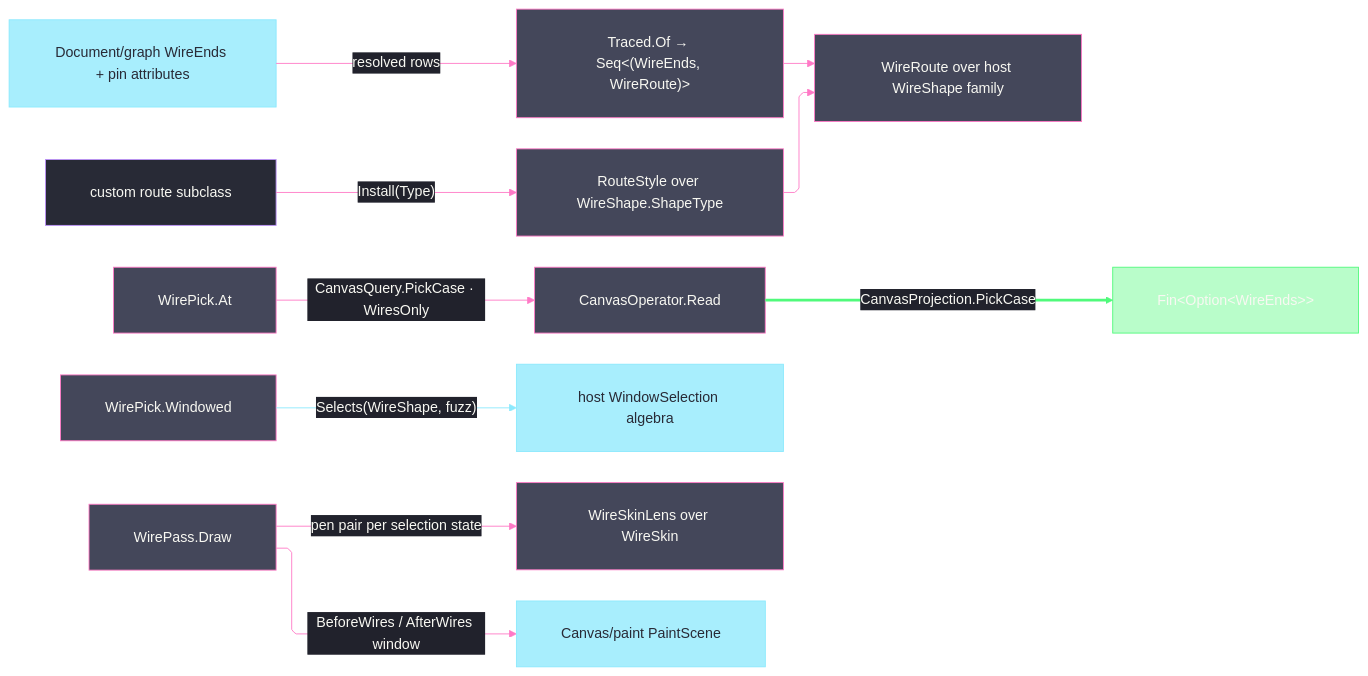
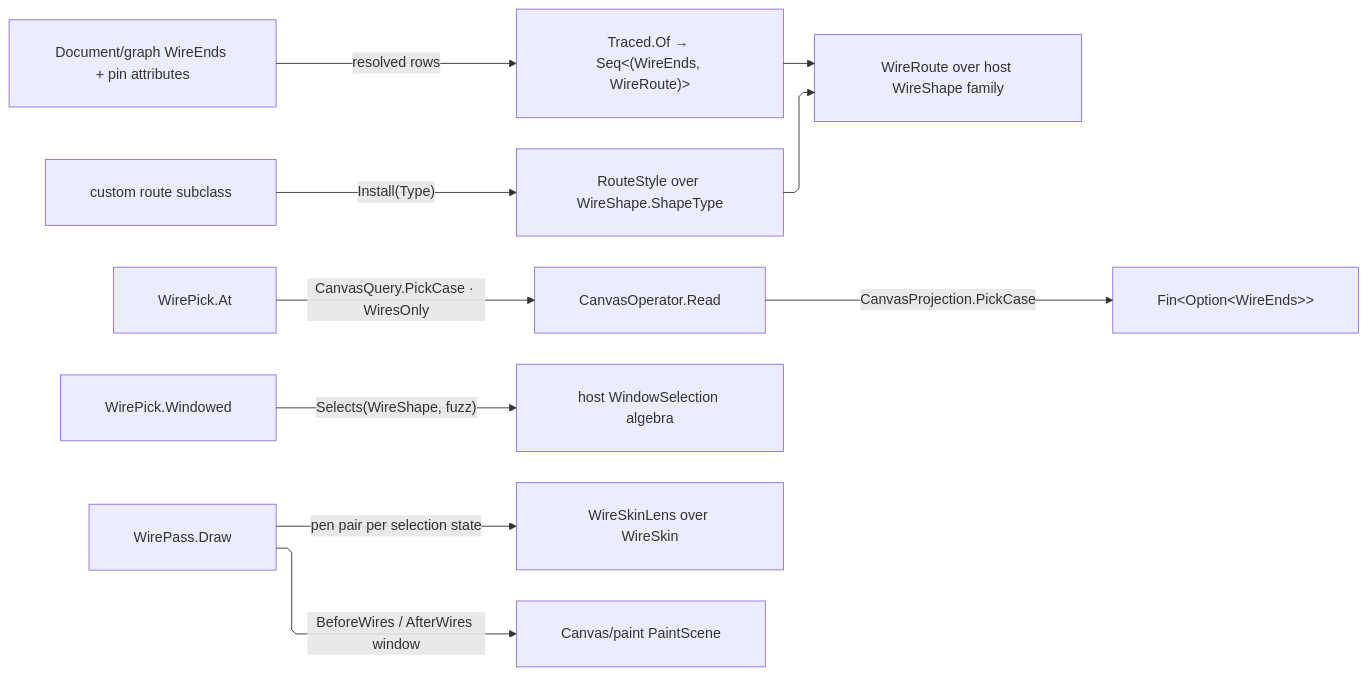
One commit to bsamiee/Rasm changed the diagram in libs/csharp/Rasm.Grasshopper/.planning/Canvas/wires.md. Above: the diagram before and after it, drawn with Mermaid. The commit also changed 324 other files, not shown here.

````diff
--- a/libs/csharp/Rasm.Grasshopper/.planning/Canvas/wires.md
+++ b/libs/csharp/Rasm.Grasshopper/.planning/Canvas/wires.md
@@ -204,48 +204,21 @@
 ```mermaid
 ---
 config:
-  theme: base
-  look: classic
   layout: elk
   flowchart:
     curve: linear
     padding: 25
-  themeVariables:
-    darkMode: true
-    fontFamily: "SF Mono, Menlo, Cascadia Mono, Segoe UI Mono, Consolas, monospace"
-    useGradient: false
-    dropShadow: "none"
-    background: "#282A36"
-    primaryColor: "#44475A"
-    primaryTextColor: "#F8F8F2"
-    primaryBorderColor: "#BD93F9"
-    lineColor: "#FF79C6"
-    textColor: "#F8F8F2"
-    edgeLabelBackground: "#21222C"
-    labelBackgroundColor: "#21222C"
-  themeCSS: ".nodeLabel{font-size:13px;font-weight:500}.edgeLabel{font-size:12px;font-weight:500}.cluster-label .nodeLabel{font-size:13.5px;font-weight:700;letter-spacing:.08em}.edge-thickness-normal{stroke-width:2px}.edge-thickness-thick{stroke-width:3px}.edge-pattern-dashed,.edge-pattern-dotted{stroke-width:1.5px;stroke-dasharray:4 6}.node rect,.node circle,.node polygon,.node path,.node .outer-path{stroke-width:1.5px;filter:none!important}.cluster rect{stroke-width:1px!important;stroke-dasharray:5 4!important;filter:none!important}.marker path{transform:scale(.8);transform-origin:5px 5px}.marker circle{transform:scale(.48);transform-origin:5px 5px}.edgeLabel rect{transform-box:fill-box;transform-origin:center;transform:scale(1.1,1.2)}"
 ---
 flowchart LR
     accTitle: Grasshopper wire visual boundary
     accDescr: Resolved graph pins produce wire routes, custom shapes enter through the public style seam, point picks cross the closed canvas query and projection rail, marquee selection remains host-owned, and the paint pass resolves optional detail ink.
     Graph["Document/graph WireEnds + pin attributes"] -->|resolved rows| Trace["Traced.Of → Seq&lt;(WireEnds, WireRoute)&gt;"]
     Trace --> Route["WireRoute over host WireShape family"]
     Plugin["custom route subclass"] -->|"Install(Type)"| Style["RouteStyle over WireShape.ShapeType"]
     Style --> Route
     PickRequest["WirePick.At"] -->|"CanvasQuery.PickCase · WiresOnly"| CanvasPage["CanvasOperator.Read"]
     CanvasPage -->|"CanvasProjection.PickCase"| PickResult["Fin&lt;Option&lt;WireEnds&gt;&gt;"]
     Marquee["WirePick.Windowed"] -->|"Selects(WireShape, fuzz)"| Host["host WindowSelection algebra"]
     Pass["WirePass.Draw"] -->|"pen pair per selection state"| SkinLens["WireSkinLens over WireSkin"]
     Pass -->|"BeforeWires / AfterWires window"| PaintPage["Canvas/paint PaintScene"]
-    linkStyle 0,1,2,3,4,7,8 stroke:#FF79C6,color:#F8F8F2
-    linkStyle 5 stroke:#50FA7B,color:#F8F8F2,stroke-width:3px
-    linkStyle 6 stroke:#8BE9FD,color:#F8F8F2
-    classDef primary fill:#44475A,stroke:#FF79C6,color:#F8F8F2
-    classDef success fill:#50FA7B66,stroke:#50FA7B,color:#F8F8F2
-    classDef external fill:#8BE9FDBF,stroke:#8BE9FD,color:#282A36
-    classDef boundary fill:#282A36,stroke:#BD93F9,color:#F8F8F2
-    class Trace,Route,Style,PickRequest,CanvasPage,Marquee,Pass,SkinLens primary
-    class PickResult success
-    class Graph,Host,PaintPage external
-    class Plugin boundary
 ```
````
